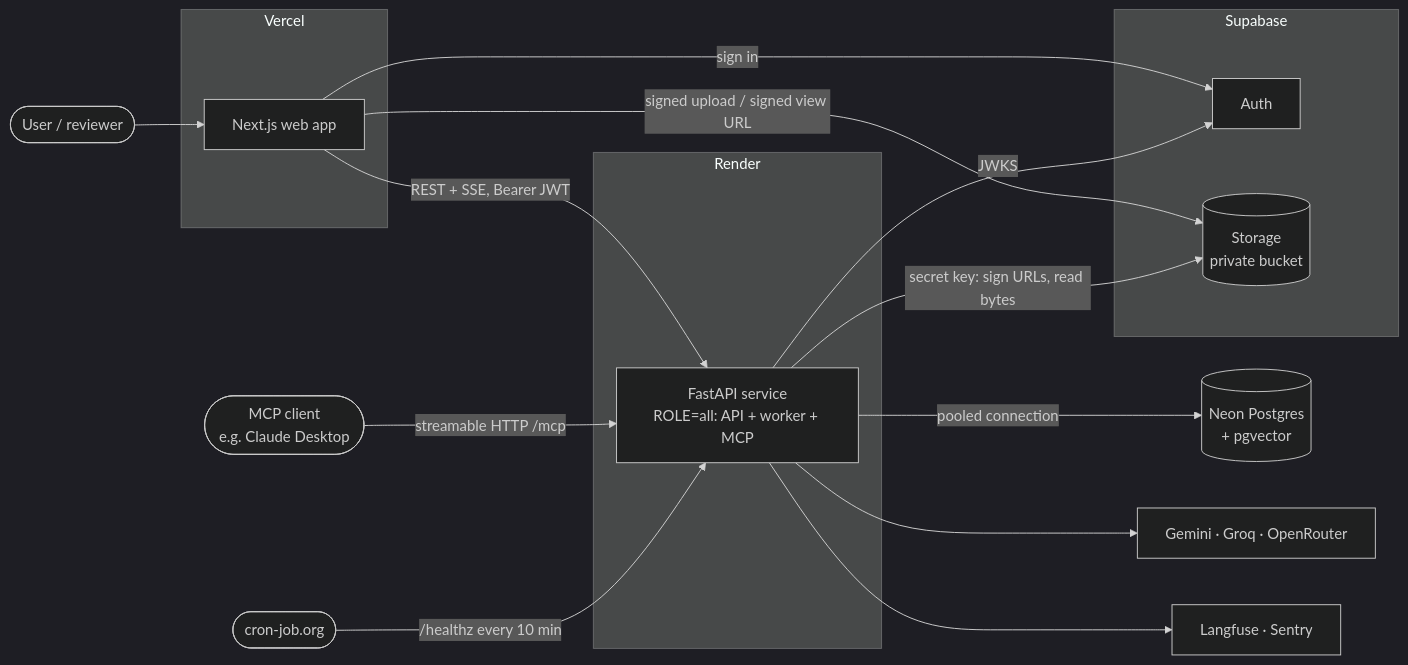
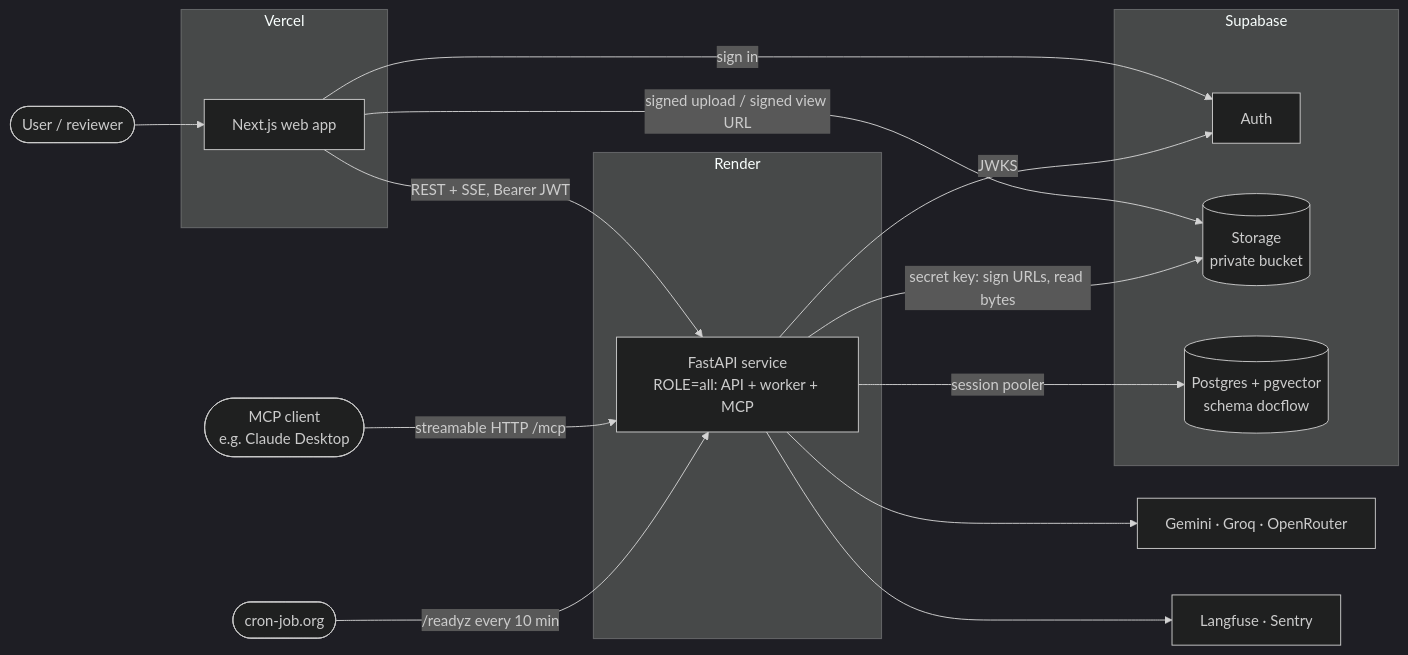
One commit to srijani18/DocFlow changed the first of 2 diagrams in specs/000-architecture/overview.md. Above: the diagram before and after it, drawn with Mermaid (dark theme). The commit also changed other lines of this file and 4 other files, not shown here.

Commit message:
docs: move deploy guide and specs from Neon to Supabase Postgres (ADR-0007)

````diff
--- a/specs/000-architecture/overview.md
+++ b/specs/000-architecture/overview.md
@@ -22,31 +22,31 @@
 ```mermaid
 flowchart LR
   user([User / reviewer])
   mcpc([MCP client<br/>e.g. Claude Desktop])
   subgraph Vercel
     web[Next.js web app]
   end
   subgraph Render
     api[FastAPI service<br/>ROLE=all: API + worker + MCP]
   end
   subgraph Supabase
     auth[Auth]
     store[(Storage<br/>private bucket)]
+    db[(Postgres + pgvector<br/>schema docflow)]
   end
-  neon[(Neon Postgres<br/>+ pgvector)]
   llm[Gemini · Groq · OpenRouter]
   obs[Langfuse · Sentry]
   cron([cron-job.org])
 
   user --> web
   web -- sign in --> auth
   web -- signed upload / signed view URL --> store
   web -- REST + SSE, Bearer JWT --> api
   mcpc -- streamable HTTP /mcp --> api
   api -- JWKS --> auth
   api -- secret key: sign URLs, read bytes --> store
-  api -- pooled connection --> neon
+  api -- session pooler --> db
   api --> llm
   api --> obs
-  cron -- /healthz every 10 min --> api
+  cron -- /readyz every 10 min --> api
 ```
````
